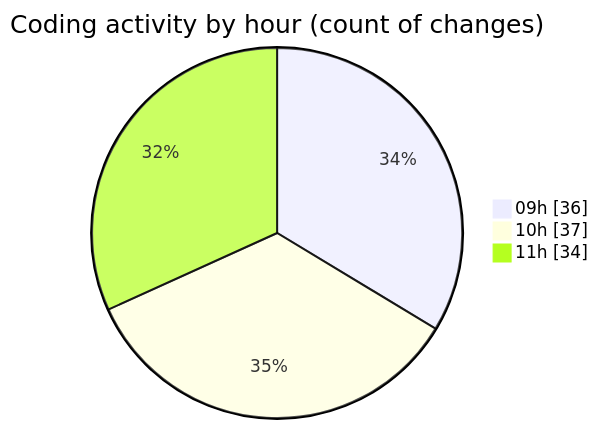
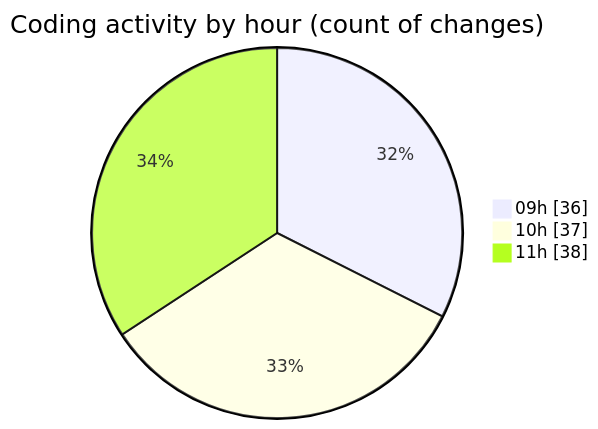
Before and after one commit to momahboobian/code-tracking: the second of 2 diagrams in 2026-04-16/cda/README.md, drawn with Mermaid. The commit also changed other lines of this file and 1 other file, not shown here.

````diff
--- a/2026-04-16/cda/README.md
+++ b/2026-04-16/cda/README.md
@@ -31,7 +31,7 @@
 ```mermaid
 pie showData
 title Coding activity by hour (count of changes)
 "09h" : 36
 "10h" : 37
-"11h" : 34
+"11h" : 38
 ```
````
